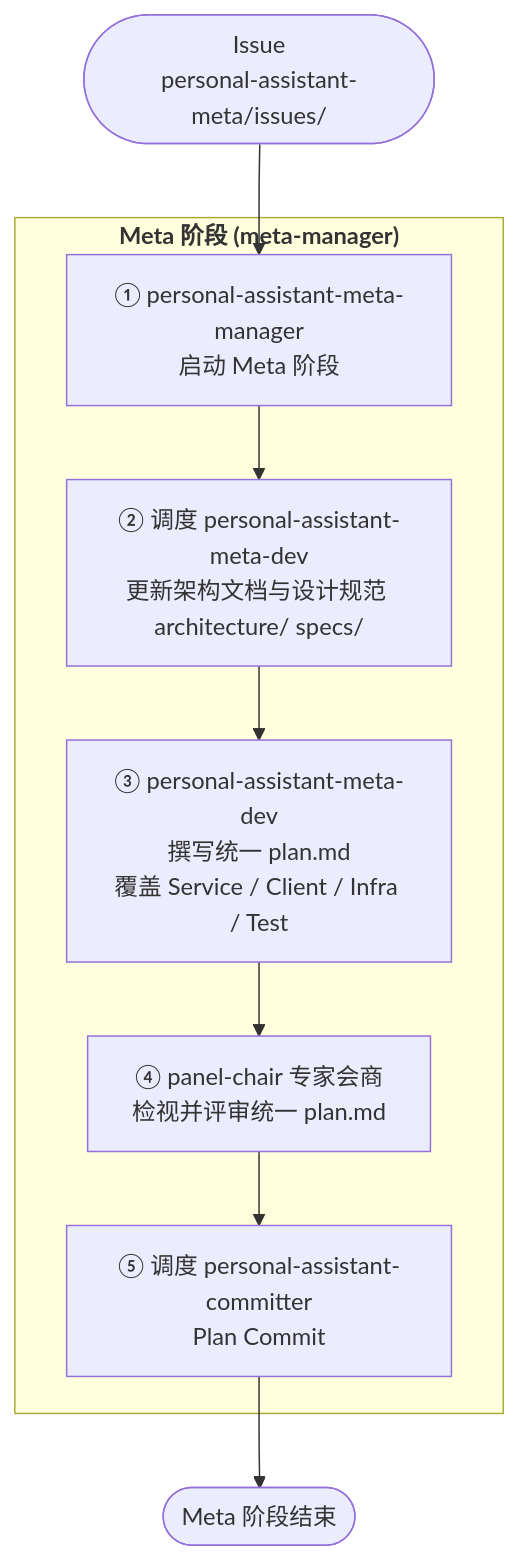
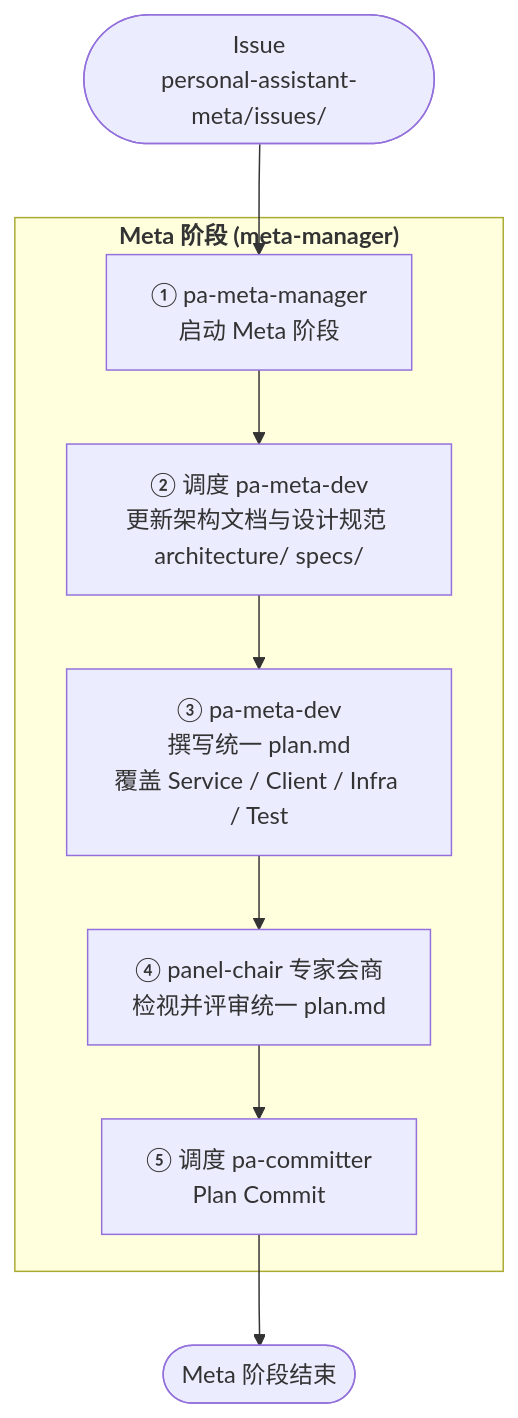
The second of 3 diagrams in personal-assistant-meta/architecture/devops/opencode-workflow.md (T-1009/personal-assistant), drawn with Mermaid before and after one commit. The commit also changed other lines of this file and 27 other files, not shown here.

First line of the commit message:
refactor: shorten agent names from personal-assistant- to pa- prefix

````diff
--- a/personal-assistant-meta/architecture/devops/opencode-workflow.md
+++ b/personal-assistant-meta/architecture/devops/opencode-workflow.md
@@ -133,24 +133,24 @@
 ```mermaid
 flowchart TD
     START(["Issue<br/>personal-assistant-meta/issues/"])
 
-    START --> S1["① personal-assistant-meta-manager<br/>启动 Meta 阶段"]
+    START --> S1["① pa-meta-manager<br/>启动 Meta 阶段"]
 
     subgraph META_PHASE["<b>Meta 阶段 (meta-manager)</b>"]
-        S1 --> S1a["② 调度 personal-assistant-meta-dev<br/>更新架构文档与设计规范 architecture/ specs/"]
+        S1 --> S1a["② 调度 pa-meta-dev<br/>更新架构文档与设计规范 architecture/ specs/"]
 
-        S2["③ personal-assistant-meta-dev<br/>撰写统一 plan.md<br/>覆盖 Service / Client / Infra / Test"]
+        S2["③ pa-meta-dev<br/>撰写统一 plan.md<br/>覆盖 Service / Client / Infra / Test"]
 
         S1a --> S2
 
         S3["④ panel-chair 专家会商<br/>检视并评审统一 plan.md"]
 
         S2 --> S3
 
-        S4["⑤ 调度 personal-assistant-committer<br/>Plan Commit"]
+        S4["⑤ 调度 pa-committer<br/>Plan Commit"]
 
         S3 --> S4
     end
 
     S4 --> DONE(["Meta 阶段结束"])
 ```
````
